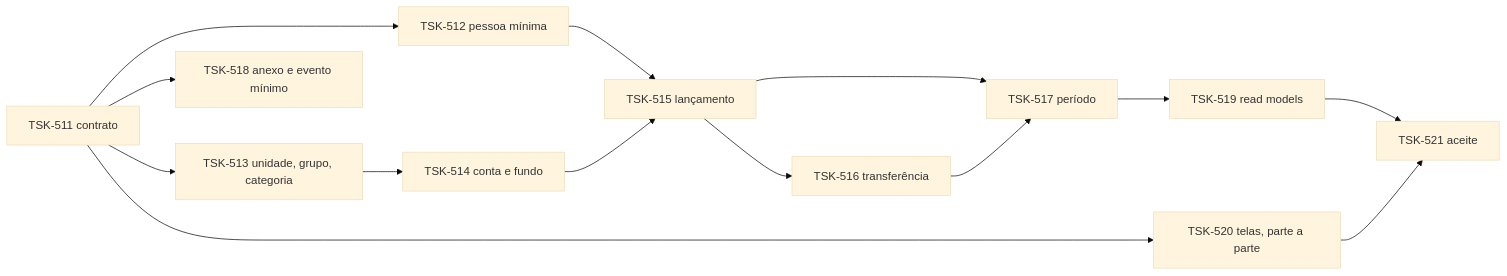
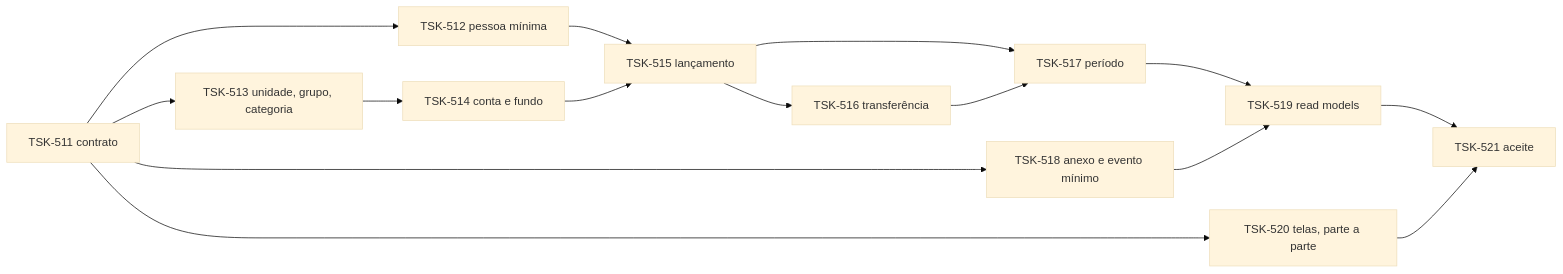
One commit to AurioNeto/ceudodespertar changed the diagram in project-flow/tasks/TSK-501-etapa-b1-financeiro-nucleo.md. Above: the diagram before and after it, drawn with Mermaid (base theme). The commit also changed other lines of this file and 7 other files, not shown here.

````diff
--- a/project-flow/tasks/TSK-501-etapa-b1-financeiro-nucleo.md
+++ b/project-flow/tasks/TSK-501-etapa-b1-financeiro-nucleo.md
@@ -24,16 +24,17 @@
 ```mermaid
 flowchart LR
   T511[TSK-511 contrato] --> T512[TSK-512 pessoa mínima]
   T511 --> T513[TSK-513 unidade, grupo, categoria]
   T513 --> T514[TSK-514 conta e fundo]
   T512 --> T515[TSK-515 lançamento]
   T514 --> T515
   T515 --> T516[TSK-516 transferência]
   T515 --> T517[TSK-517 período]
   T516 --> T517
   T511 --> T518[TSK-518 anexo e evento mínimo]
   T517 --> T519[TSK-519 read models]
+  T518 --> T519
   T511 --> T520[TSK-520 telas, parte a parte]
   T519 --> T521[TSK-521 aceite]
   T520 --> T521
 ```
````
